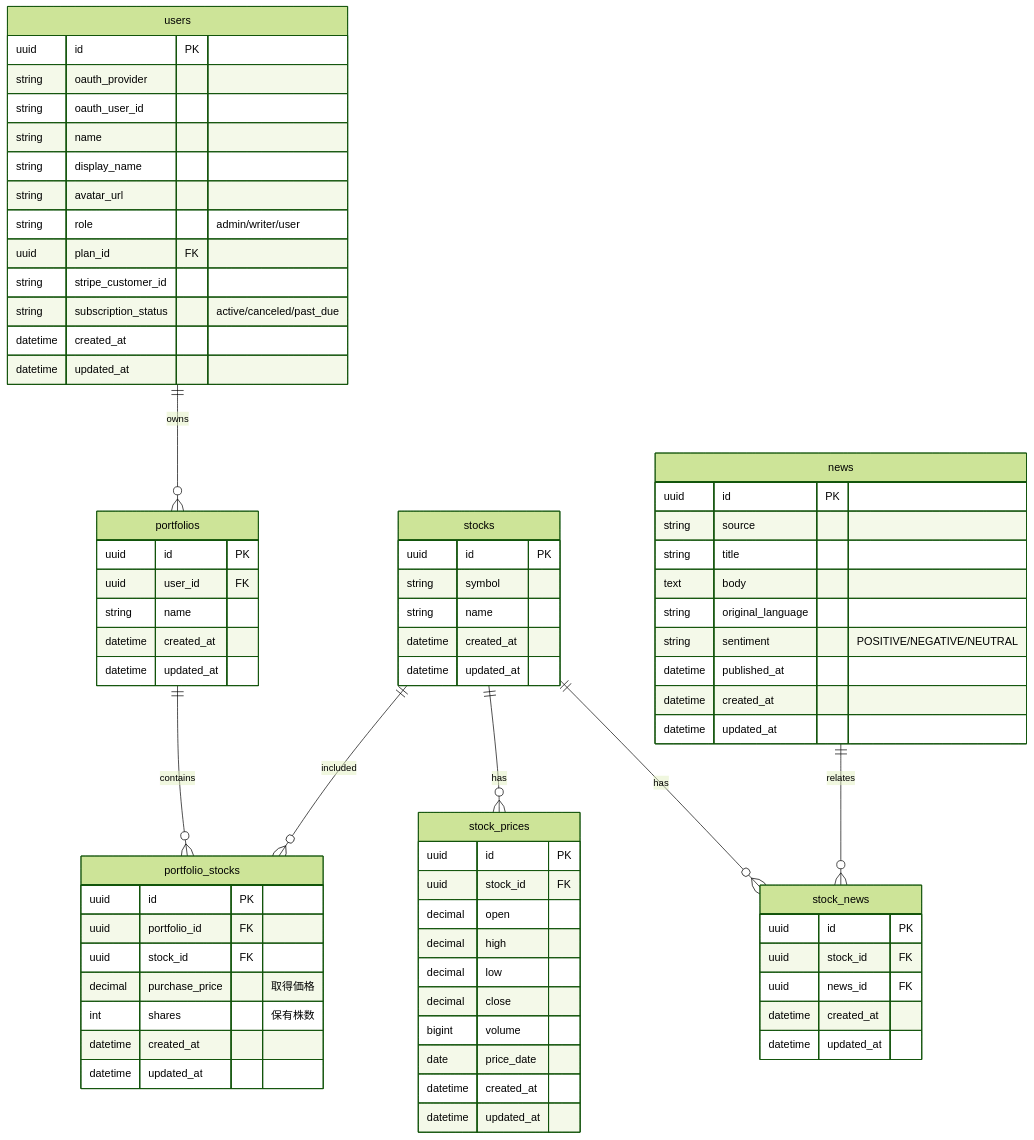
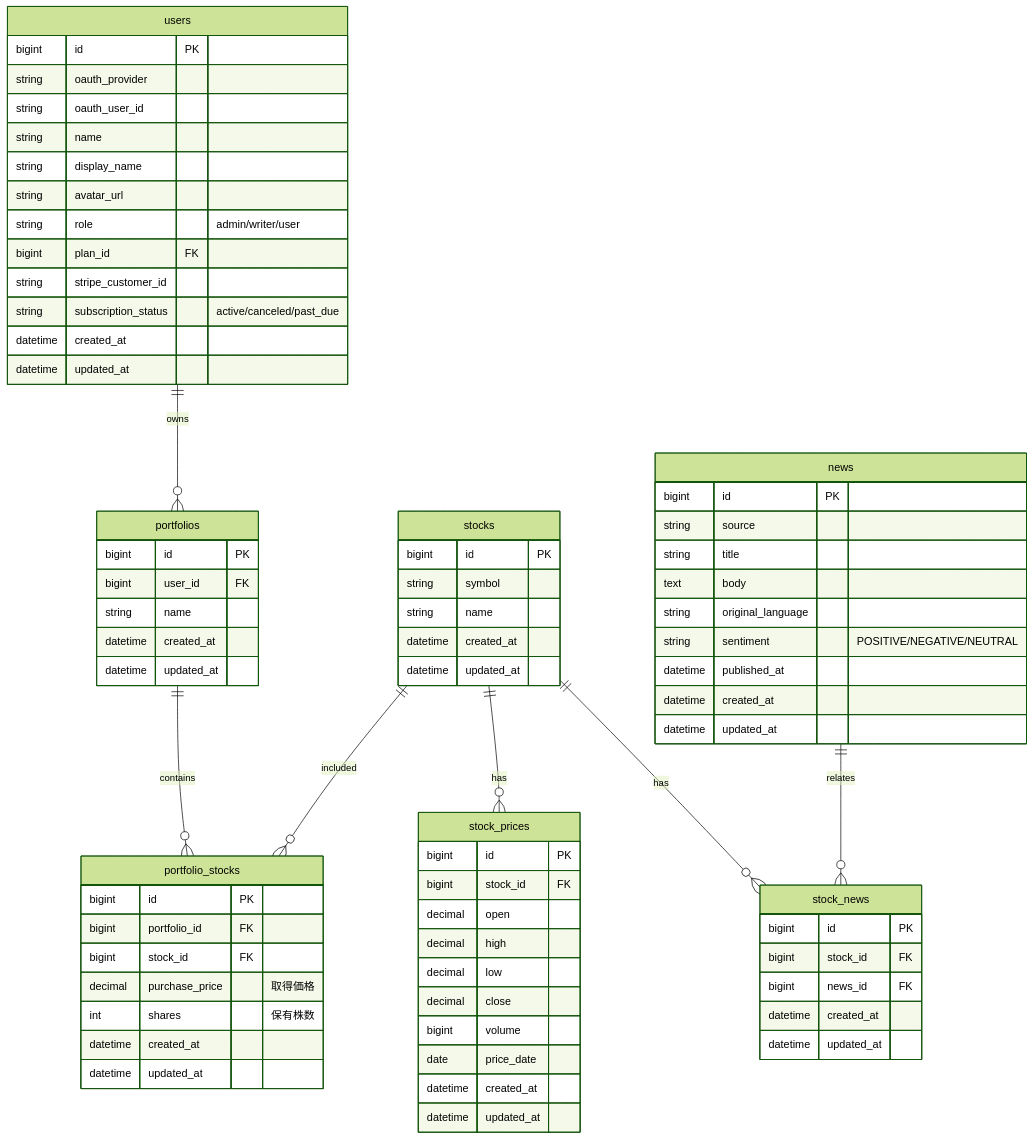
Before and after one commit to RRRRRRR-777/SikouLab: the first of 5 diagrams in docs/functions/portfolio/home.md, drawn with Mermaid (forest theme). The commit also changed 19 other files, not shown here.

```diff
--- a/docs/functions/portfolio/home.md
+++ b/docs/functions/portfolio/home.md
@@ -123,14 +123,14 @@
     news ||--o{ stock_news : "relates"
 
     users {
-        uuid id PK
+        bigint id PK
         string oauth_provider
         string oauth_user_id
         string name
         string display_name
         string avatar_url
         string role "admin/writer/user"
-        uuid plan_id FK
+        bigint plan_id FK
         string stripe_customer_id
         string subscription_status "active/canceled/past_due"
         datetime created_at
@@ -138,17 +138,17 @@
     }
 
     portfolios {
-        uuid id PK
-        uuid user_id FK
+        bigint id PK
+        bigint user_id FK
         string name
         datetime created_at
         datetime updated_at
     }
 
     portfolio_stocks {
-        uuid id PK
-        uuid portfolio_id FK
-        uuid stock_id FK
+        bigint id PK
+        bigint portfolio_id FK
+        bigint stock_id FK
         decimal purchase_price "取得価格"
         int shares "保有株数"
         datetime created_at
@@ -156,7 +156,7 @@
     }
 
     stocks {
-        uuid id PK
+        bigint id PK
         string symbol
         string name
         datetime created_at
@@ -164,8 +164,8 @@
     }
 
     stock_prices {
-        uuid id PK
-        uuid stock_id FK
+        bigint id PK
+        bigint stock_id FK
         decimal open
         decimal high
         decimal low
@@ -177,15 +177,15 @@
     }
 
     stock_news {
-        uuid id PK
-        uuid stock_id FK
-        uuid news_id FK
+        bigint id PK
+        bigint stock_id FK
+        bigint news_id FK
         datetime created_at
         datetime updated_at
     }
 
     news {
-        uuid id PK
+        bigint id PK
         string source
         string title
         text body
```
